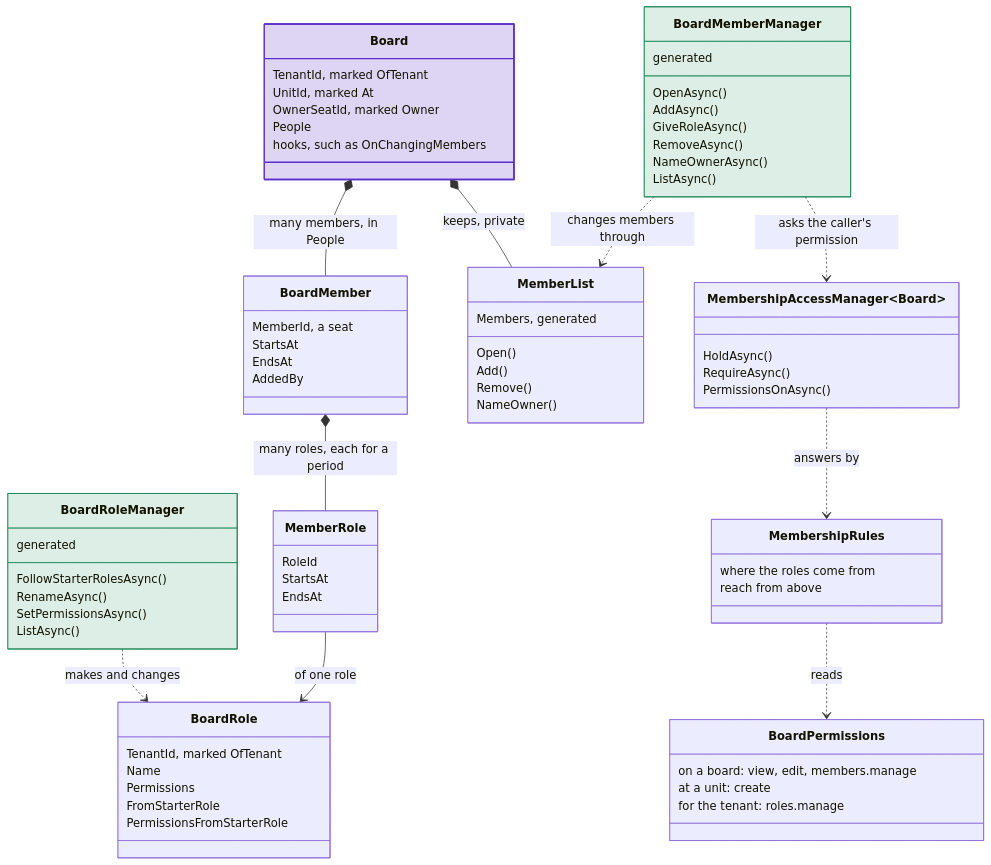
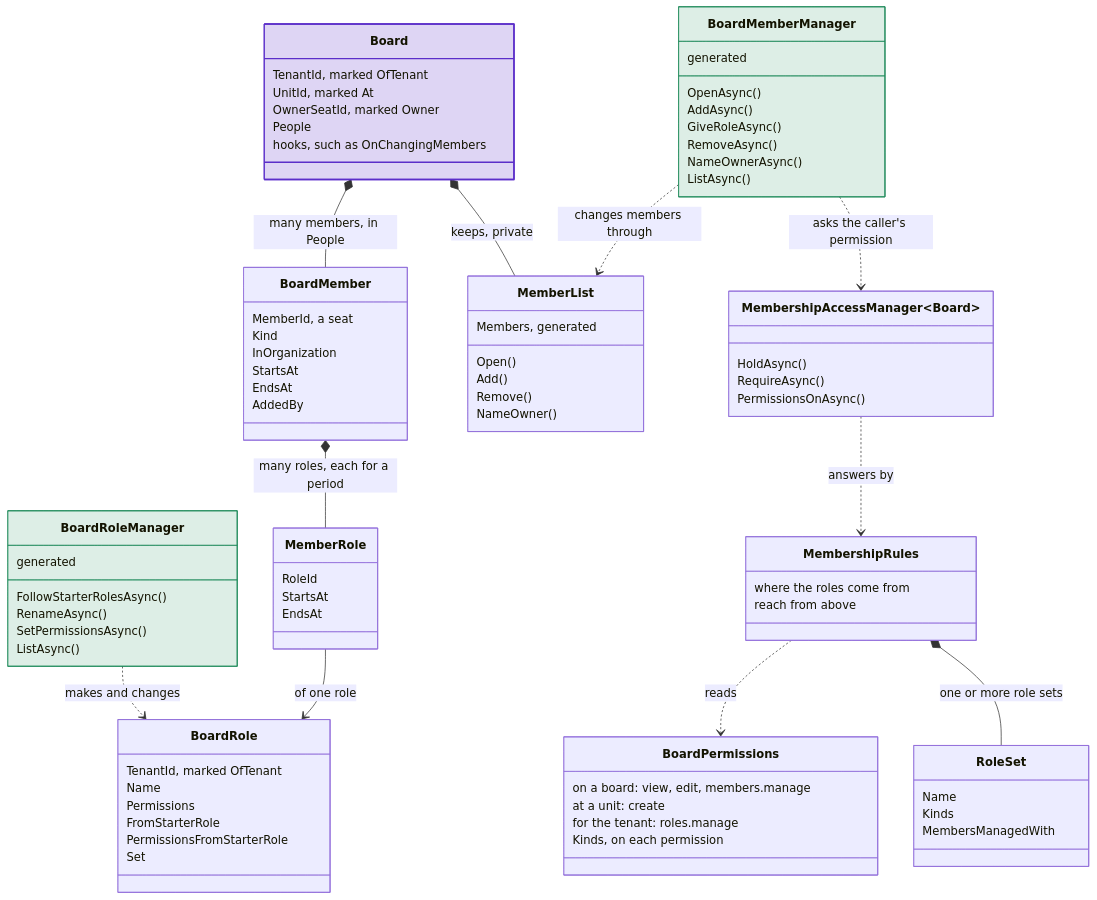
One commit to DylanSnel/DDDToolkit changed the first of 2 diagrams in docs/membership/overview.md. Above: the diagram before and after it, drawn with Mermaid. The commit also changed other lines of this file and 52 other files, not shown here.

```diff
--- a/docs/membership/overview.md
+++ b/docs/membership/overview.md
@@ -108,6 +108,8 @@
     }
     class BoardMember {
         MemberId, a seat
+        Kind
+        InOrganization
         StartsAt
         EndsAt
         AddedBy
@@ -123,15 +125,22 @@
         Permissions
         FromStarterRole
         PermissionsFromStarterRole
+        Set
     }
     class BoardPermissions {
         on a board: view, edit, members.manage
         at a unit: create
         for the tenant: roles.manage
+        Kinds, on each permission
     }
     class MembershipRules {
         where the roles come from
         reach from above
+    }
+    class RoleSet {
+        Name
+        Kinds
+        MembersManagedWith
     }
     class MembershipAccessManager~Board~ {
         HoldAsync()
@@ -146,6 +155,7 @@
     BoardMemberManager ..> MembershipAccessManager : asks the caller's permission
     BoardRoleManager ..> BoardRole : makes and changes
     MembershipRules ..> BoardPermissions : reads
+    MembershipRules *-- RoleSet : one or more role sets
     MembershipAccessManager ..> MembershipRules : answers by
     class Board:::strong
     class BoardMemberManager:::good
```
